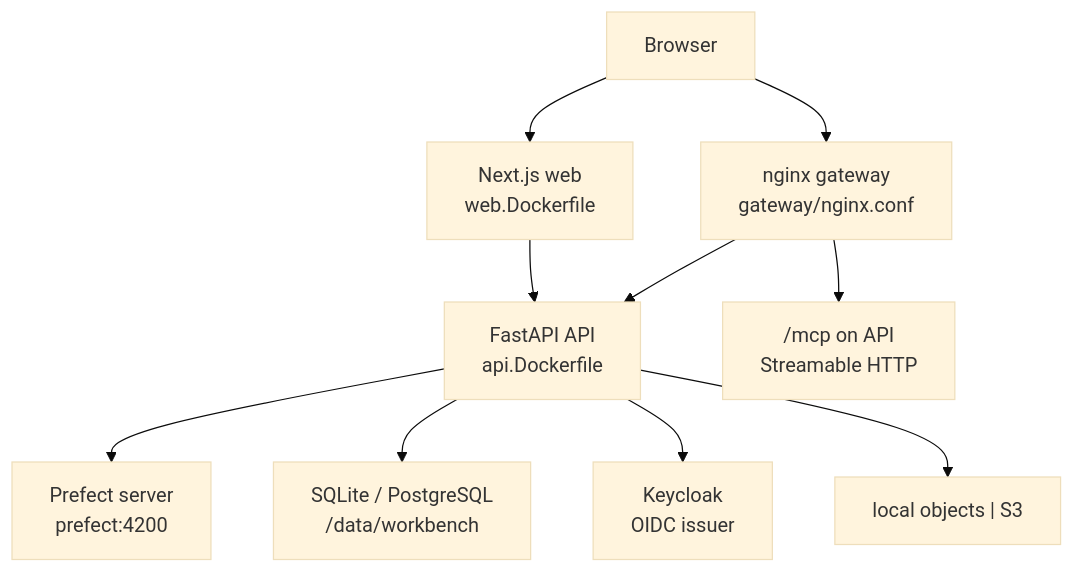
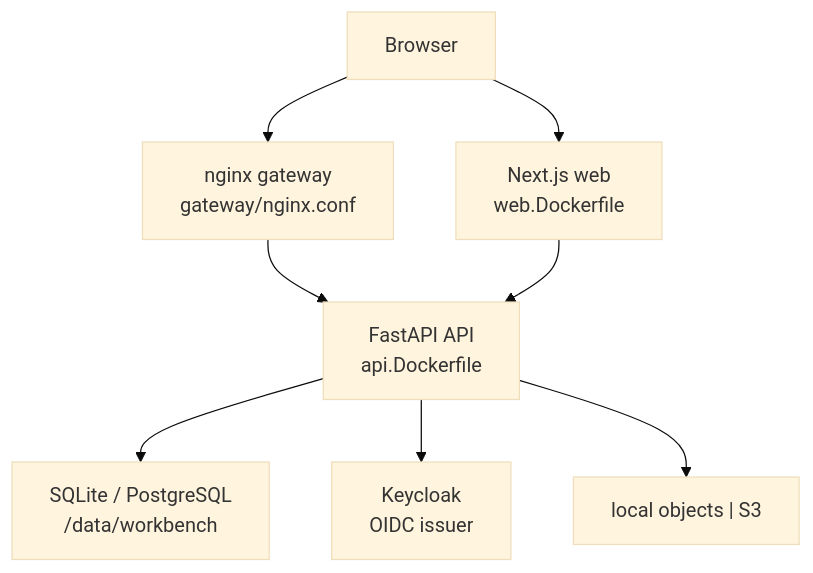
Before and after one commit to artpods56/KUL_IDUB_EcclesialSchematisms: the tenth of 13 diagrams in docs/design/backend-architecture.md, drawn with Mermaid (base theme). The commit also changed other lines of this file and 6 other files, not shown here.

````diff
--- a/docs/design/backend-architecture.md
+++ b/docs/design/backend-architecture.md
@@ -399,12 +398,10 @@
 ```mermaid
 flowchart TB
     User["Browser"] --> Gateway["nginx gateway\ngateway/nginx.conf"]
     User --> Web["Next.js web\nweb.Dockerfile"]
     Gateway --> API["FastAPI API\napi.Dockerfile"]
     Web --> API
-    Gateway --> MCP["/mcp on API\nStreamable HTTP"]
-    API --> Prefect["Prefect server\nprefect:4200"]
     API --> DB["SQLite / PostgreSQL\n/data/workbench"]
     API --> Keycloak["Keycloak\nOIDC issuer"]
     API --> StorageBackend["local objects | S3"]
 ```
````
